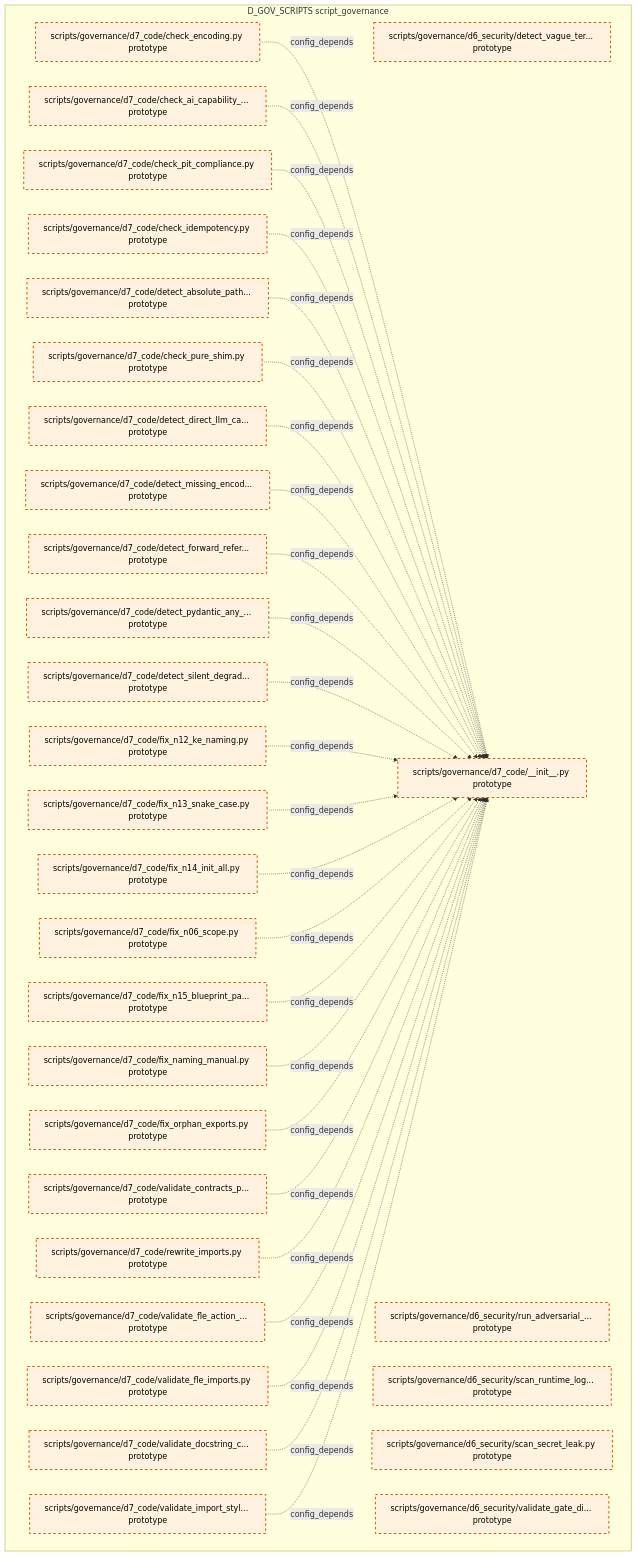
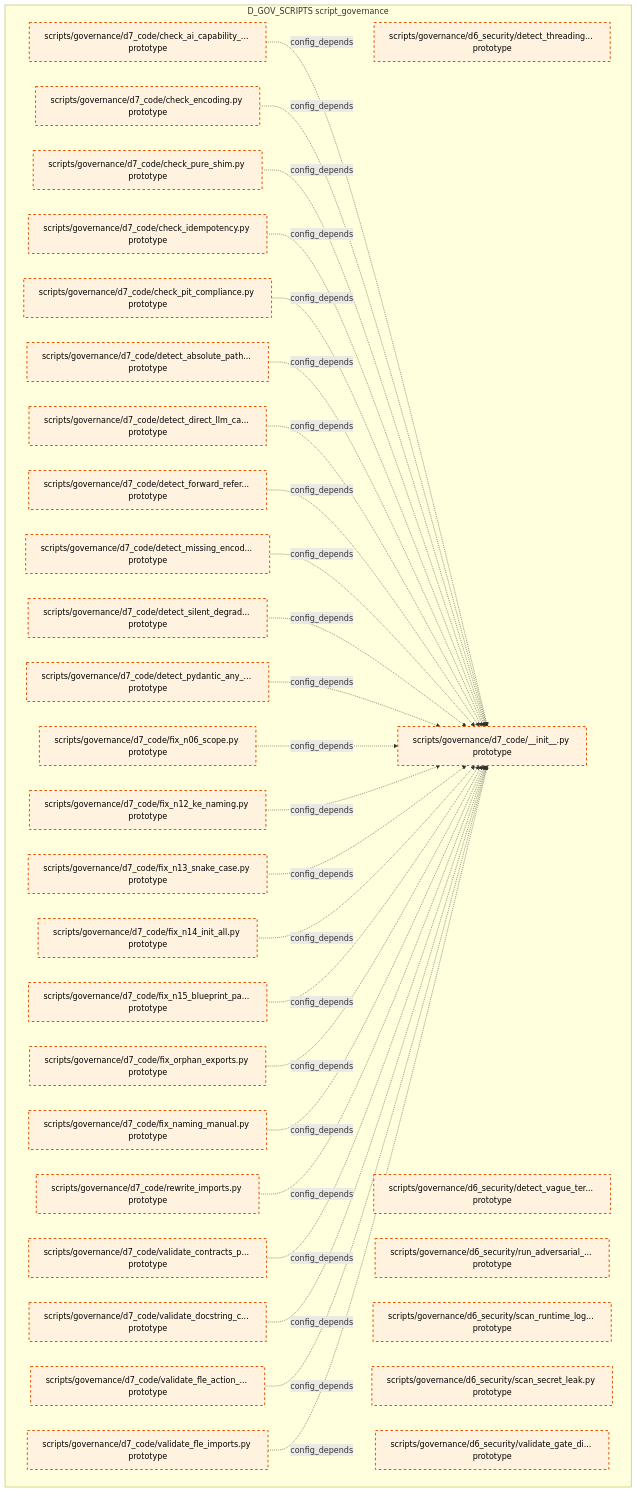
The tenth of 15 diagrams in docs/02_enterprise_architecture/02_domain_architecture_docs/36_d_gov_scripts.md (xuanFelixVan/ZephyrAlpha), drawn with Mermaid before and after one commit. The commit also changed other lines of this file and 99 other files, not shown here.

````diff
--- a/docs/02_enterprise_architecture/02_domain_architecture_docs/36_d_gov_scripts.md
+++ b/docs/02_enterprise_architecture/02_domain_architecture_docs/36_d_gov_scripts.md
@@ -692,64 +689,63 @@
 ```mermaid
 graph TD
     subgraph D_GOV_SCRIPTS["D_GOV_SCRIPTS script_governance"]
+        scripts_governance_d6_security_detect_threading_lock_py["scripts/governance/d6_security/detect_threading... prototype"]
         scripts_governance_d6_security_detect_vague_terms_py["scripts/governance/d6_security/detect_vague_ter... prototype"]
         scripts_governance_d6_security_run_adversarial_checks_py["scripts/governance/d6_security/run_adversarial_... prototype"]
         scripts_governance_d6_security_scan_runtime_log_secrets_py["scripts/governance/d6_security/scan_runtime_log... prototype"]
         scripts_governance_d6_security_scan_secret_leak_py["scripts/governance/d6_security/scan_secret_leak.py prototype"]
         scripts_governance_d6_security_validate_gate_discipline_py["scripts/governance/d6_security/validate_gate_di... prototype"]
         scripts_governance_d7_code_init_py["scripts/governance/d7_code/__init__.py prototype"]
         scripts_governance_d7_code_check_ai_capability_boundary_py["scripts/governance/d7_code/check_ai_capability_... prototype"]
         scripts_governance_d7_code_check_encoding_py["scripts/governance/d7_code/check_encoding.py prototype"]
         scripts_governance_d7_code_check_idempotency_py["scripts/governance/d7_code/check_idempotency.py prototype"]
         scripts_governance_d7_code_check_pit_compliance_py["scripts/governance/d7_code/check_pit_compliance.py prototype"]
         scripts_governance_d7_code_check_pure_shim_py["scripts/governance/d7_code/check_pure_shim.py prototype"]
         scripts_governance_d7_code_detect_absolute_path_hardcoding_py["scripts/governance/d7_code/detect_absolute_path... prototype"]
         scripts_governance_d7_code_detect_direct_llm_calls_py["scripts/governance/d7_code/detect_direct_llm_ca... prototype"]
         scripts_governance_d7_code_detect_forward_reference_py["scripts/governance/d7_code/detect_forward_refer... prototype"]
         scripts_governance_d7_code_detect_missing_encoding_py["scripts/governance/d7_code/detect_missing_encod... prototype"]
         scripts_governance_d7_code_detect_pydantic_any_fields_py["scripts/governance/d7_code/detect_pydantic_any_... prototype"]
         scripts_governance_d7_code_detect_silent_degradation_py["scripts/governance/d7_code/detect_silent_degrad... prototype"]
         scripts_governance_d7_code_fix_n06_scope_py["scripts/governance/d7_code/fix_n06_scope.py prototype"]
         scripts_governance_d7_code_fix_n12_ke_naming_py["scripts/governance/d7_code/fix_n12_ke_naming.py prototype"]
         scripts_governance_d7_code_fix_n13_snake_case_py["scripts/governance/d7_code/fix_n13_snake_case.py prototype"]
         scripts_governance_d7_code_fix_n14_init_all_py["scripts/governance/d7_code/fix_n14_init_all.py prototype"]
         scripts_governance_d7_code_fix_n15_blueprint_path_py["scripts/governance/d7_code/fix_n15_blueprint_pa... prototype"]
         scripts_governance_d7_code_fix_naming_manual_py["scripts/governance/d7_code/fix_naming_manual.py prototype"]
         scripts_governance_d7_code_fix_orphan_exports_py["scripts/governance/d7_code/fix_orphan_exports.py prototype"]
         scripts_governance_d7_code_rewrite_imports_py["scripts/governance/d7_code/rewrite_imports.py prototype"]
         scripts_governance_d7_code_validate_contracts_purity_py["scripts/governance/d7_code/validate_contracts_p... prototype"]
         scripts_governance_d7_code_validate_docstring_coverage_py["scripts/governance/d7_code/validate_docstring_c... prototype"]
         scripts_governance_d7_code_validate_fle_action_metadata_py["scripts/governance/d7_code/validate_fle_action_... prototype"]
         scripts_governance_d7_code_validate_fle_imports_py["scripts/governance/d7_code/validate_fle_imports.py prototype"]
-        scripts_governance_d7_code_validate_import_style_py["scripts/governance/d7_code/validate_import_styl... prototype"]
     end
+    scripts_governance_d7_code_check_ai_capability_boundary_py -.->|config_depends| scripts_governance_d7_code_init_py
     scripts_governance_d7_code_check_encoding_py -.->|config_depends| scripts_governance_d7_code_init_py
-    scripts_governance_d7_code_check_ai_capability_boundary_py -.->|config_depends| scripts_governance_d7_code_init_py
+    scripts_governance_d7_code_check_pure_shim_py -.->|config_depends| scripts_governance_d7_code_init_py
+    scripts_governance_d7_code_check_idempotency_py -.->|config_depends| scripts_governance_d7_code_init_py
     scripts_governance_d7_code_check_pit_compliance_py -.->|config_depends| scripts_governance_d7_code_init_py
-    scripts_governance_d7_code_check_idempotency_py -.->|config_depends| scripts_governance_d7_code_init_py
     scripts_governance_d7_code_detect_absolute_path_hardcoding_py -.->|config_depends| scripts_governance_d7_code_init_py
-    scripts_governance_d7_code_check_pure_shim_py -.->|config_depends| scripts_governance_d7_code_init_py
     scripts_governance_d7_code_detect_direct_llm_calls_py -.->|config_depends| scripts_governance_d7_code_init_py
+    scripts_governance_d7_code_detect_forward_reference_py -.->|config_depends| scripts_governance_d7_code_init_py
     scripts_governance_d7_code_detect_missing_encoding_py -.->|config_depends| scripts_governance_d7_code_init_py
-    scripts_governance_d7_code_detect_forward_reference_py -.->|config_depends| scripts_governance_d7_code_init_py
+    scripts_governance_d7_code_detect_silent_degradation_py -.->|config_depends| scripts_governance_d7_code_init_py
     scripts_governance_d7_code_detect_pydantic_any_fields_py -.->|config_depends| scripts_governance_d7_code_init_py
-    scripts_governance_d7_code_detect_silent_degradation_py -.->|config_depends| scripts_governance_d7_code_init_py
+    scripts_governance_d7_code_fix_n06_scope_py -.->|config_depends| scripts_governance_d7_code_init_py
     scripts_governance_d7_code_fix_n12_ke_naming_py -.->|config_depends| scripts_governance_d7_code_init_py
     scripts_governance_d7_code_fix_n13_snake_case_py -.->|config_depends| scripts_governance_d7_code_init_py
     scripts_governance_d7_code_fix_n14_init_all_py -.->|config_depends| scripts_governance_d7_code_init_py
-    scripts_governance_d7_code_fix_n06_scope_py -.->|config_depends| scripts_governance_d7_code_init_py
     scripts_governance_d7_code_fix_n15_blueprint_path_py -.->|config_depends| scripts_governance_d7_code_init_py
+    scripts_governance_d7_code_fix_orphan_exports_py -.->|config_depends| scripts_governance_d7_code_init_py
     scripts_governance_d7_code_fix_naming_manual_py -.->|config_depends| scripts_governance_d7_code_init_py
-    scripts_governance_d7_code_fix_orphan_exports_py -.->|config_depends| scripts_governance_d7_code_init_py
+    scripts_governance_d7_code_rewrite_imports_py -.->|config_depends| scripts_governance_d7_code_init_py
     scripts_governance_d7_code_validate_contracts_purity_py -.->|config_depends| scripts_governance_d7_code_init_py
-    scripts_governance_d7_code_rewrite_imports_py -.->|config_depends| scripts_governance_d7_code_init_py
+    scripts_governance_d7_code_validate_docstring_coverage_py -.->|config_depends| scripts_governance_d7_code_init_py
     scripts_governance_d7_code_validate_fle_action_metadata_py -.->|config_depends| scripts_governance_d7_code_init_py
     scripts_governance_d7_code_validate_fle_imports_py -.->|config_depends| scripts_governance_d7_code_init_py
-    scripts_governance_d7_code_validate_docstring_coverage_py -.->|config_depends| scripts_governance_d7_code_init_py
-    scripts_governance_d7_code_validate_import_style_py -.->|config_depends| scripts_governance_d7_code_init_py
     classDef production fill:#e1f5fe,stroke:#01579b,stroke-width:2px,color:#000
     classDef design fill:#fff3e0,stroke:#e65100,stroke-width:2px,color:#000,stroke-dasharray: 5 5
     classDef external_prod fill:#e8f5e9,stroke:#1b5e20,stroke-width:1px,color:#000
     classDef external_design fill:#fce4ec,stroke:#880e4f,stroke-width:1px,color:#000,stroke-dasharray: 5 5
-    class scripts_governance_d6_security_detect_vague_terms_py,scripts_governance_d6_security_run_adversarial_checks_py,scripts_governance_d6_security_scan_runtime_log_secrets_py,scripts_governance_d6_security_scan_secret_leak_py,scripts_governance_d6_security_validate_gate_discipline_py,scripts_governance_d7_code_init_py,scripts_governance_d7_code_check_ai_capability_boundary_py,scripts_governance_d7_code_check_encoding_py,scripts_governance_d7_code_check_idempotency_py,scripts_governance_d7_code_check_pit_compliance_py,scripts_governance_d7_code_check_pure_shim_py,scripts_governance_d7_code_detect_absolute_path_hardcoding_py,scripts_governance_d7_code_detect_direct_llm_calls_py,scripts_governance_d7_code_detect_forward_reference_py,scripts_governance_d7_code_detect_missing_encoding_py,scripts_governance_d7_code_detect_pydantic_any_fields_py,scripts_governance_d7_code_detect_silent_degradation_py,scripts_governance_d7_code_fix_n06_scope_py,scripts_governance_d7_code_fix_n12_ke_naming_py,scripts_governance_d7_code_fix_n13_snake_case_py,scripts_governance_d7_code_fix_n14_init_all_py,scripts_governance_d7_code_fix_n15_blueprint_path_py,scripts_governance_d7_code_fix_naming_manual_py,scripts_governance_d7_code_fix_orphan_exports_py,scripts_governance_d7_code_rewrite_imports_py,scripts_governance_d7_code_validate_contracts_purity_py,scripts_governance_d7_code_validate_docstring_coverage_py,scripts_governance_d7_code_validate_fle_action_metadata_py,scripts_governance_d7_code_validate_fle_imports_py,scripts_governance_d7_code_validate_import_style_py design
+    class scripts_governance_d6_security_detect_threading_lock_py,scripts_governance_d6_security_detect_vague_terms_py,scripts_governance_d6_security_run_adversarial_checks_py,scripts_governance_d6_security_scan_runtime_log_secrets_py,scripts_governance_d6_security_scan_secret_leak_py,scripts_governance_d6_security_validate_gate_discipline_py,scripts_governance_d7_code_init_py,scripts_governance_d7_code_check_ai_capability_boundary_py,scripts_governance_d7_code_check_encoding_py,scripts_governance_d7_code_check_idempotency_py,scripts_governance_d7_code_check_pit_compliance_py,scripts_governance_d7_code_check_pure_shim_py,scripts_governance_d7_code_detect_absolute_path_hardcoding_py,scripts_governance_d7_code_detect_direct_llm_calls_py,scripts_governance_d7_code_detect_forward_reference_py,scripts_governance_d7_code_detect_missing_encoding_py,scripts_governance_d7_code_detect_pydantic_any_fields_py,scripts_governance_d7_code_detect_silent_degradation_py,scripts_governance_d7_code_fix_n06_scope_py,scripts_governance_d7_code_fix_n12_ke_naming_py,scripts_governance_d7_code_fix_n13_snake_case_py,scripts_governance_d7_code_fix_n14_init_all_py,scripts_governance_d7_code_fix_n15_blueprint_path_py,scripts_governance_d7_code_fix_naming_manual_py,scripts_governance_d7_code_fix_orphan_exports_py,scripts_governance_d7_code_rewrite_imports_py,scripts_governance_d7_code_validate_contracts_purity_py,scripts_governance_d7_code_validate_docstring_coverage_py,scripts_governance_d7_code_validate_fle_action_metadata_py,scripts_governance_d7_code_validate_fle_imports_py design
 ```
````
